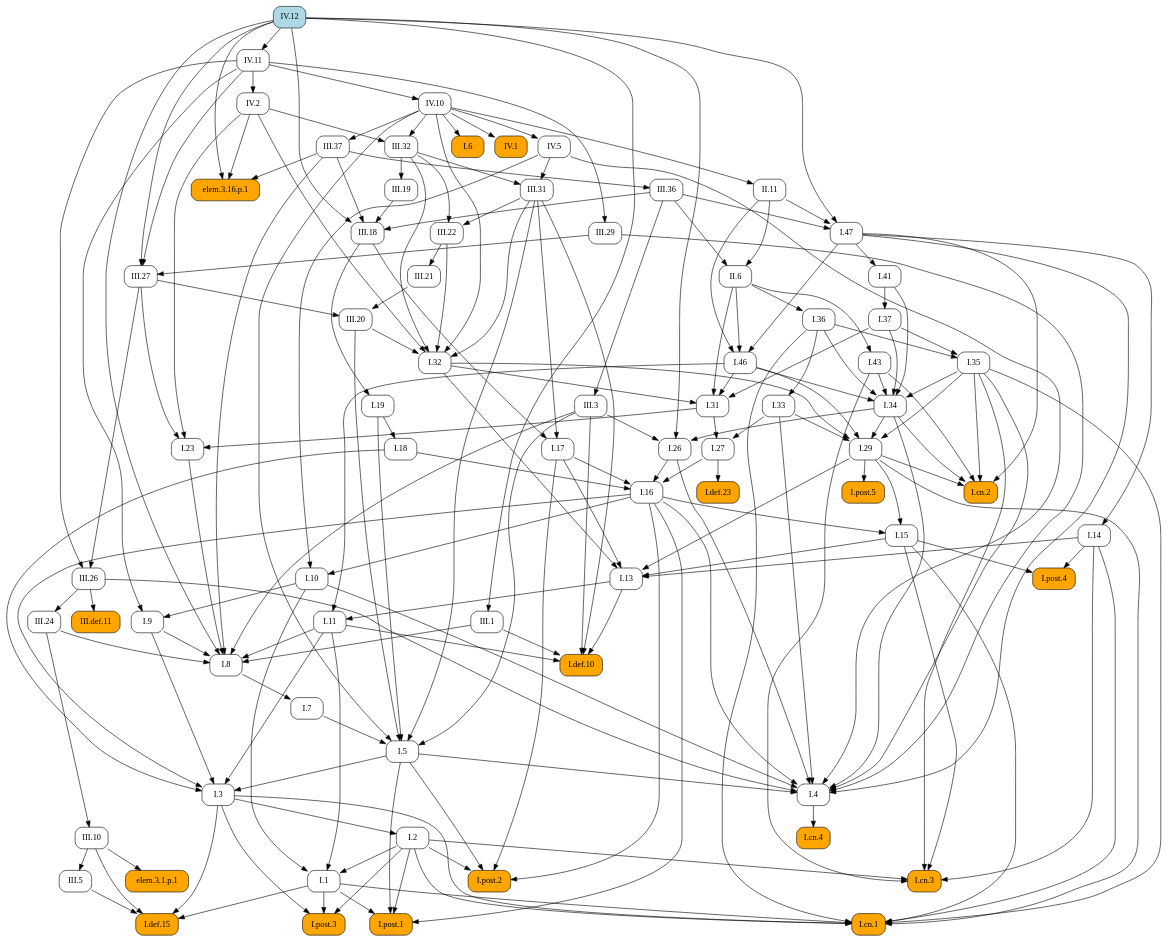
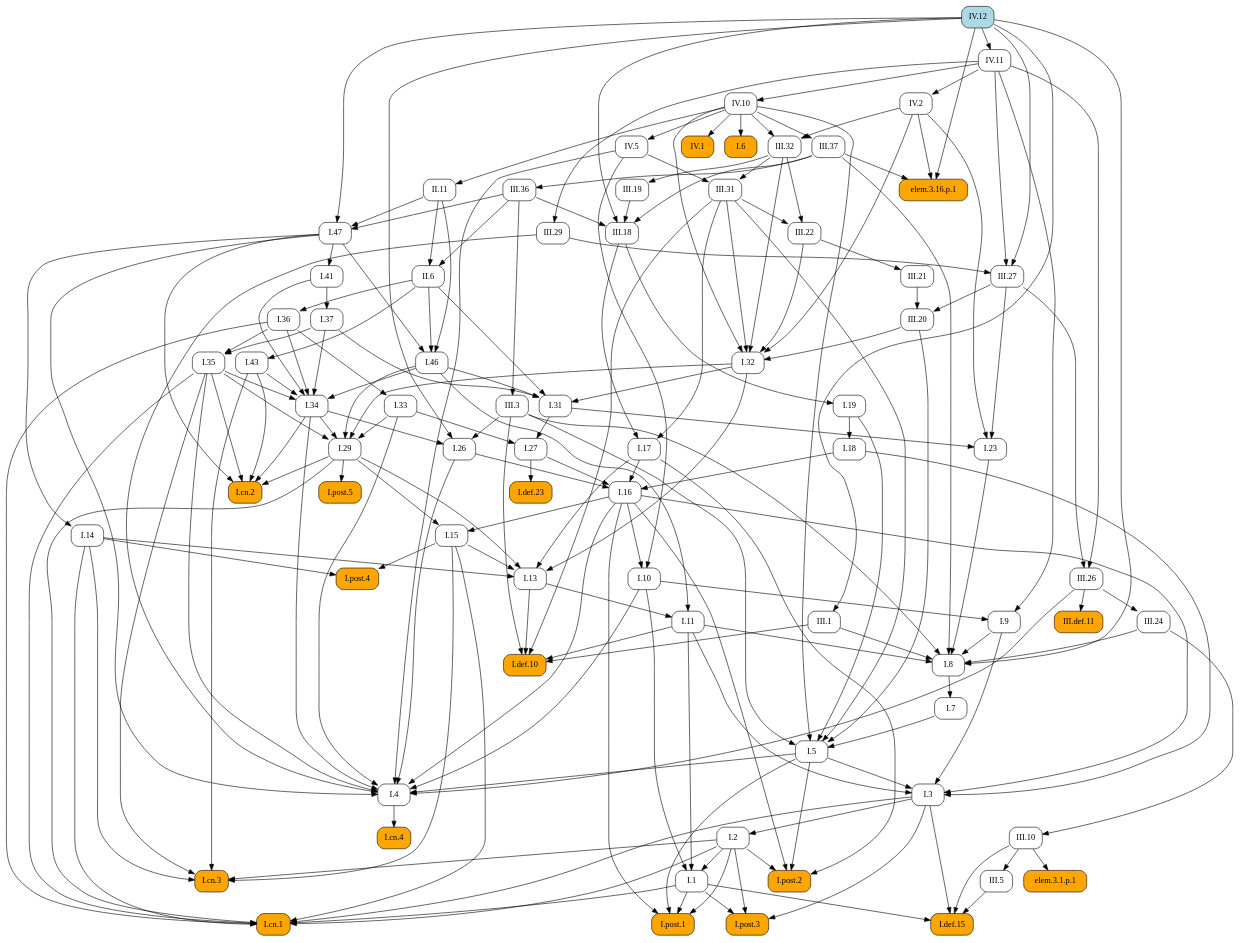
One commit to geometor/elements changed the diagram in docsrc/heath/IV/12/index.rst. Above: the diagram before and after it, drawn with Graphviz. The commit also changed other lines of this file and 1029 other files, not shown here.

```diff
--- a/docsrc/heath/IV/12/index.rst
+++ b/docsrc/heath/IV/12/index.rst
@@ -145,147 +145,213 @@
    digraph {
      rankdir="TB";
      node [shape=box, style=rounded];
+     "I.def.10" [style="rounded,filled", fillcolor=orange, URL="/heath/I/def.10/", target="_top"];
+     "I.11" [URL="/heath/I/11/", target="_top"];
+     "I.post.4" [style="rounded,filled", fillcolor=orange, URL="/heath/I/post.4/", target="_top"];
+     "I.1" [URL="/heath/I/1/", target="_top"];
+     "III.20" [URL="/heath/III/20/", target="_top"];
+     "III.31" [URL="/heath/III/31/", target="_top"];
+     "I.47" [URL="/heath/I/47/", target="_top"];
+     "III.def.11" [style="rounded,filled", fillcolor=orange, URL="/heath/III/def.11/", target="_top"];
+     "I.post.3" [style="rounded,filled", fillcolor=orange, URL="/heath/I/post.3/", target="_top"];
+     "I.cn.3" [style="rounded,filled", fillcolor=orange, URL="/heath/I/cn.3/", target="_top"];
+     "I.14" [URL="/heath/I/14/", target="_top"];
+     "III.36" [URL="/heath/III/36/", target="_top"];
+     "elem.3.16.p.1" [style="rounded,filled", fillcolor=orange];
+     "III.29" [URL="/heath/III/29/", target="_top"];
+     "I.41" [URL="/heath/I/41/", target="_top"];
+     "I.27" [URL="/heath/I/27/", target="_top"];
+     "I.36" [URL="/heath/I/36/", target="_top"];
+     "I.37" [URL="/heath/I/37/", target="_top"];
+     "I.34" [URL="/heath/I/34/", target="_top"];
+     "I.2" [URL="/heath/I/2/", target="_top"];
+     "I.def.23" [style="rounded,filled", fillcolor=orange, URL="/heath/I/def.23/", target="_top"];
+     "I.17" [URL="/heath/I/17/", target="_top"];
+     "IV.1" [style="rounded,filled", fillcolor=orange, URL="/heath/IV/1/", target="_top"];
+     "I.33" [URL="/heath/I/33/", target="_top"];
+     "I.post.2" [style="rounded,filled", fillcolor=orange, URL="/heath/I/post.2/", target="_top"];
+     "II.11" [URL="/heath/II/11/", target="_top"];
+     "I.9" [URL="/heath/I/9/", target="_top"];
+     "III.3" [URL="/heath/III/3/", target="_top"];
+     "I.32" [URL="/heath/I/32/", target="_top"];
+     "III.37" [URL="/heath/III/37/", target="_top"];
+     "I.cn.4" [style="rounded,filled", fillcolor=orange, URL="/heath/I/cn.4/", target="_top"];
+     "I.15" [URL="/heath/I/15/", target="_top"];
+     "IV.11" [URL="/heath/IV/11/", target="_top"];
+     "III.22" [URL="/heath/III/22/", target="_top"];
+     "I.5" [URL="/heath/I/5/", target="_top"];
+     "III.5" [URL="/heath/III/5/", target="_top"];
+     "I.26" [URL="/heath/I/26/", target="_top"];
+     "III.32" [URL="/heath/III/32/", target="_top"];
+     "III.26" [URL="/heath/III/26/", target="_top"];
+     "IV.2" [URL="/heath/IV/2/", target="_top"];
+     "I.29" [URL="/heath/I/29/", target="_top"];
+     "elem.3.1.p.1" [style="rounded,filled", fillcolor=orange];
+     "I.cn.2" [style="rounded,filled", fillcolor=orange, URL="/heath/I/cn.2/", target="_top"];
+     "III.19" [URL="/heath/III/19/", target="_top"];
+     "I.18" [URL="/heath/I/18/", target="_top"];
+     "I.def.15" [style="rounded,filled", fillcolor=orange, URL="/heath/I/def.15/", target="_top"];
+     "I.cn.1" [style="rounded,filled", fillcolor=orange, URL="/heath/I/cn.1/", target="_top"];
+     "I.23" [URL="/heath/I/23/", target="_top"];
+     "IV.12" [style="rounded,filled", fillcolor=lightblue, URL="/heath/IV/12/", target="_top"];
+     "IV.10" [URL="/heath/IV/10/", target="_top"];
+     "I.43" [URL="/heath/I/43/", target="_top"];
+     "I.post.1" [style="rounded,filled", fillcolor=orange, URL="/heath/I/post.1/", target="_top"];
+     "III.24" [URL="/heath/III/24/", target="_top"];
+     "I.35" [URL="/heath/I/35/", target="_top"];
+     "I.46" [URL="/heath/I/46/", target="_top"];
+     "I.7" [URL="/heath/I/7/", target="_top"];
+     "I.6" [style="rounded,filled", fillcolor=orange, URL="/heath/I/6/", target="_top"];
+     "I.3" [URL="/heath/I/3/", target="_top"];
+     "I.4" [URL="/heath/I/4/", target="_top"];
+     "II.6" [URL="/heath/II/6/", target="_top"];
+     "I.13" [URL="/heath/I/13/", target="_top"];
+     "I.31" [URL="/heath/I/31/", target="_top"];
+     "I.16" [URL="/heath/I/16/", target="_top"];
+     "III.10" [URL="/heath/III/10/", target="_top"];
+     "I.19" [URL="/heath/I/19/", target="_top"];
      "IV.5" [URL="/heath/IV/5/", target="_top"];
-     "III.22" [URL="/heath/III/22/", target="_top"];
-     "II.11" [URL="/heath/II/11/", target="_top"];
-     "IV.12" [style="rounded,filled", fillcolor=lightblue, URL="/heath/IV/12/", target="_top"];
-     "I.7" [URL="/heath/I/7/", target="_top"];
-     "I.29" [URL="/heath/I/29/", target="_top"];
-     "I.27" [URL="/heath/I/27/", target="_top"];
-     "IV.10" [URL="/heath/IV/10/", target="_top"];
-     "I.def.23" [style="rounded,filled", fillcolor=orange, URL="/heath/I/def.23/", target="_top"];
-     "I.34" [URL="/heath/I/34/", target="_top"];
+     "III.27" [URL="/heath/III/27/", target="_top"];
+     "III.1" [URL="/heath/III/1/", target="_top"];
      "I.8" [URL="/heath/I/8/", target="_top"];
-     "I.9" [URL="/heath/I/9/", target="_top"];
-     "III.10" [URL="/heath/III/10/", target="_top"];
-     "III.1" [URL="/heath/III/1/", target="_top"];
-     "III.20" [URL="/heath/III/20/", target="_top"];
-     "I.post.4" [style="rounded,filled", fillcolor=orange, URL="/heath/I/post.4/", target="_top"];
-     "I.2" [URL="/heath/I/2/", target="_top"];
-     "III.27" [URL="/heath/III/27/", target="_top"];
+     "III.21" [URL="/heath/III/21/", target="_top"];
+     "I.post.5" [style="rounded,filled", fillcolor=orange, URL="/heath/I/post.5/", target="_top"];
+     "I.10" [URL="/heath/I/10/", target="_top"];
      "III.18" [URL="/heath/III/18/", target="_top"];
-     "III.19" [URL="/heath/III/19/", target="_top"];
-     "I.cn.4" [style="rounded,filled", fillcolor=orange, URL="/heath/I/cn.4/", target="_top"];
-     "elem.3.16.p.1" [style="rounded,filled", fillcolor=orange];
-     "I.23" [URL="/heath/I/23/", target="_top"];
-     "I.13" [URL="/heath/I/13/", target="_top"];
-     "III.31" [URL="/heath/III/31/", target="_top"];
-     "I.5" [URL="/heath/I/5/", target="_top"];
-     "III.21" [URL="/heath/III/21/", target="_top"];
-     "I.11" [URL="/heath/I/11/", target="_top"];
-     "I.4" [URL="/heath/I/4/", target="_top"];
-     "I.def.10" [style="rounded,filled", fillcolor=orange, URL="/heath/I/def.10/", target="_top"];
-     "I.43" [URL="/heath/I/43/", target="_top"];
-     "I.46" [URL="/heath/I/46/", target="_top"];
-     "III.32" [URL="/heath/III/32/", target="_top"];
-     "III.24" [URL="/heath/III/24/", target="_top"];
-     "I.post.3" [style="rounded,filled", fillcolor=orange, URL="/heath/I/post.3/", target="_top"];
-     "I.36" [URL="/heath/I/36/", target="_top"];
-     "II.6" [URL="/heath/II/6/", target="_top"];
-     "I.15" [URL="/heath/I/15/", target="_top"];
-     "I.17" [URL="/heath/I/17/", target="_top"];
-     "I.32" [URL="/heath/I/32/", target="_top"];
-     "I.18" [URL="/heath/I/18/", target="_top"];
-     "I.41" [URL="/heath/I/41/", target="_top"];
-     "I.cn.3" [style="rounded,filled", fillcolor=orange, URL="/heath/I/cn.3/", target="_top"];
-     "III.def.11" [style="rounded,filled", fillcolor=orange, URL="/heath/III/def.11/", target="_top"];
-     "III.3" [URL="/heath/III/3/", target="_top"];
-     "I.def.15" [style="rounded,filled", fillcolor=orange, URL="/heath/I/def.15/", target="_top"];
-     "I.1" [URL="/heath/I/1/", target="_top"];
-     "III.36" [URL="/heath/III/36/", target="_top"];
-     "I.post.1" [style="rounded,filled", fillcolor=orange, URL="/heath/I/post.1/", target="_top"];
-     "I.26" [URL="/heath/I/26/", target="_top"];
-     "I.33" [URL="/heath/I/33/", target="_top"];
-     "elem.3.1.p.1" [style="rounded,filled", fillcolor=orange];
-     "I.19" [URL="/heath/I/19/", target="_top"];
-     "III.37" [URL="/heath/III/37/", target="_top"];
-     "I.6" [style="rounded,filled", fillcolor=orange, URL="/heath/I/6/", target="_top"];
-     "III.5" [URL="/heath/III/5/", target="_top"];
-     "I.cn.2" [style="rounded,filled", fillcolor=orange, URL="/heath/I/cn.2/", target="_top"];
-     "IV.11" [URL="/heath/IV/11/", target="_top"];
-     "I.10" [URL="/heath/I/10/", target="_top"];
-     "I.3" [URL="/heath/I/3/", target="_top"];
-     "I.16" [URL="/heath/I/16/", target="_top"];
-     "III.26" [URL="/heath/III/26/", target="_top"];
-     "I.31" [URL="/heath/I/31/", target="_top"];
-     "III.29" [URL="/heath/III/29/", target="_top"];
-     "IV.2" [URL="/heath/IV/2/", target="_top"];
-     "I.post.2" [style="rounded,filled", fillcolor=orange, URL="/heath/I/post.2/", target="_top"];
-     "IV.1" [style="rounded,filled", fillcolor=orange, URL="/heath/IV/1/", target="_top"];
-     "I.post.5" [style="rounded,filled", fillcolor=orange, URL="/heath/I/post.5/", target="_top"];
-     "I.14" [URL="/heath/I/14/", target="_top"];
-     "I.35" [URL="/heath/I/35/", target="_top"];
-     "I.47" [URL="/heath/I/47/", target="_top"];
-     "I.cn.1" [style="rounded,filled", fillcolor=orange, URL="/heath/I/cn.1/", target="_top"];
-     "I.37" [URL="/heath/I/37/", target="_top"];
-     "IV.10" -> "IV.5";
-     "III.31" -> "III.22";
-     "III.32" -> "III.22";
-     "IV.10" -> "II.11";
-     "I.8" -> "I.7";
-     "I.32" -> "I.29";
-     "I.33" -> "I.29";
-     "I.34" -> "I.29";
-     "I.35" -> "I.29";
-     "I.46" -> "I.29";
+     "I.11" -> "I.def.10";
+     "I.13" -> "I.def.10";
+     "III.1" -> "I.def.10";
+     "III.3" -> "I.def.10";
+     "III.31" -> "I.def.10";
+     "I.13" -> "I.11";
+     "I.46" -> "I.11";
+     "I.14" -> "I.post.4";
+     "I.15" -> "I.post.4";
+     "I.2" -> "I.1";
+     "I.10" -> "I.1";
+     "I.11" -> "I.1";
+     "III.21" -> "III.20";
+     "III.27" -> "III.20";
+     "III.32" -> "III.31";
+     "IV.5" -> "III.31";
+     "II.11" -> "I.47";
+     "III.36" -> "I.47";
+     "IV.12" -> "I.47";
+     "III.26" -> "III.def.11";
+     "I.1" -> "I.post.3";
+     "I.2" -> "I.post.3";
+     "I.3" -> "I.post.3";
+     "I.2" -> "I.cn.3";
+     "I.14" -> "I.cn.3";
+     "I.15" -> "I.cn.3";
+     "I.35" -> "I.cn.3";
+     "I.43" -> "I.cn.3";
+     "I.47" -> "I.14";
+     "III.37" -> "III.36";
+     "III.37" -> "elem.3.16.p.1";
+     "IV.2" -> "elem.3.16.p.1";
+     "IV.12" -> "elem.3.16.p.1";
+     "IV.11" -> "III.29";
+     "I.47" -> "I.41";
      "I.31" -> "I.27";
      "I.33" -> "I.27";
-     "IV.11" -> "IV.10";
-     "I.27" -> "I.def.23";
+     "II.6" -> "I.36";
+     "I.41" -> "I.37";
      "I.35" -> "I.34";
      "I.36" -> "I.34";
      "I.37" -> "I.34";
      "I.41" -> "I.34";
      "I.43" -> "I.34";
      "I.46" -> "I.34";
-     "I.9" -> "I.8";
-     "I.11" -> "I.8";
-     "I.23" -> "I.8";
-     "III.1" -> "I.8";
-     "III.3" -> "I.8";
-     "III.24" -> "I.8";
-     "III.37" -> "I.8";
-     "IV.12" -> "I.8";
+     "I.3" -> "I.2";
+     "I.27" -> "I.def.23";
+     "III.18" -> "I.17";
+     "III.31" -> "I.17";
+     "IV.10" -> "IV.1";
+     "I.36" -> "I.33";
+     "I.2" -> "I.post.2";
+     "I.5" -> "I.post.2";
+     "I.16" -> "I.post.2";
+     "I.17" -> "I.post.2";
+     "IV.10" -> "II.11";
      "I.10" -> "I.9";
      "IV.11" -> "I.9";
-     "III.24" -> "III.10";
-     "IV.12" -> "III.1";
-     "III.21" -> "III.20";
-     "III.27" -> "III.20";
-     "I.14" -> "I.post.4";
-     "I.15" -> "I.post.4";
-     "I.3" -> "I.2";
-     "III.29" -> "III.27";
-     "IV.11" -> "III.27";
-     "IV.12" -> "III.27";
-     "III.19" -> "III.18";
-     "III.36" -> "III.18";
-     "III.37" -> "III.18";
-     "IV.12" -> "III.18";
-     "III.32" -> "III.19";
+     "III.36" -> "III.3";
+     "III.20" -> "I.32";
+     "III.22" -> "I.32";
+     "III.31" -> "I.32";
+     "III.32" -> "I.32";
+     "IV.2" -> "I.32";
+     "IV.10" -> "I.32";
+     "IV.10" -> "III.37";
      "I.4" -> "I.cn.4";
-     "III.37" -> "elem.3.16.p.1";
-     "IV.2" -> "elem.3.16.p.1";
-     "IV.12" -> "elem.3.16.p.1";
-     "I.31" -> "I.23";
-     "III.27" -> "I.23";
-     "IV.2" -> "I.23";
-     "I.14" -> "I.13";
-     "I.15" -> "I.13";
-     "I.17" -> "I.13";
-     "I.29" -> "I.13";
-     "I.32" -> "I.13";
-     "III.32" -> "III.31";
-     "IV.5" -> "III.31";
+     "I.16" -> "I.15";
+     "I.29" -> "I.15";
+     "IV.12" -> "IV.11";
+     "III.31" -> "III.22";
+     "III.32" -> "III.22";
      "I.7" -> "I.5";
      "I.19" -> "I.5";
      "III.3" -> "I.5";
      "III.20" -> "I.5";
      "III.31" -> "I.5";
      "IV.10" -> "I.5";
-     "III.22" -> "III.21";
-     "I.13" -> "I.11";
-     "I.46" -> "I.11";
+     "III.10" -> "III.5";
+     "I.34" -> "I.26";
+     "III.3" -> "I.26";
+     "IV.12" -> "I.26";
+     "IV.2" -> "III.32";
+     "IV.10" -> "III.32";
+     "III.27" -> "III.26";
+     "IV.11" -> "III.26";
+     "IV.11" -> "IV.2";
+     "I.32" -> "I.29";
+     "I.33" -> "I.29";
+     "I.34" -> "I.29";
+     "I.35" -> "I.29";
+     "I.46" -> "I.29";
+     "III.10" -> "elem.3.1.p.1";
+     "I.29" -> "I.cn.2";
+     "I.34" -> "I.cn.2";
+     "I.35" -> "I.cn.2";
+     "I.43" -> "I.cn.2";
+     "I.47" -> "I.cn.2";
+     "III.32" -> "III.19";
+     "I.19" -> "I.18";
+     "I.1" -> "I.def.15";
+     "I.3" -> "I.def.15";
+     "III.5" -> "I.def.15";
+     "III.10" -> "I.def.15";
+     "I.1" -> "I.cn.1";
+     "I.2" -> "I.cn.1";
+     "I.3" -> "I.cn.1";
+     "I.14" -> "I.cn.1";
+     "I.15" -> "I.cn.1";
+     "I.29" -> "I.cn.1";
+     "I.35" -> "I.cn.1";
+     "I.36" -> "I.cn.1";
+     "I.31" -> "I.23";
+     "III.27" -> "I.23";
+     "IV.2" -> "I.23";
+     "IV.11" -> "IV.10";
+     "II.6" -> "I.43";
+     "I.1" -> "I.post.1";
+     "I.2" -> "I.post.1";
+     "I.5" -> "I.post.1";
+     "I.16" -> "I.post.1";
+     "III.26" -> "III.24";
+     "I.36" -> "I.35";
+     "I.37" -> "I.35";
+     "I.47" -> "I.46";
+     "II.6" -> "I.46";
+     "II.11" -> "I.46";
+     "I.8" -> "I.7";
+     "IV.10" -> "I.6";
+     "I.5" -> "I.3";
+     "I.9" -> "I.3";
+     "I.11" -> "I.3";
+     "I.16" -> "I.3";
+     "I.18" -> "I.3";
      "I.5" -> "I.4";
      "I.10" -> "I.4";
      "I.16" -> "I.4";
@@ -297,108 +363,42 @@
      "III.26" -> "I.4";
      "III.29" -> "I.4";
      "IV.5" -> "I.4";
-     "I.11" -> "I.def.10";
-     "I.13" -> "I.def.10";
-     "III.1" -> "I.def.10";
-     "III.3" -> "I.def.10";
-     "III.31" -> "I.def.10";
-     "II.6" -> "I.43";
-     "I.47" -> "I.46";
-     "II.6" -> "I.46";
-     "II.11" -> "I.46";
-     "IV.2" -> "III.32";
-     "IV.10" -> "III.32";
-     "III.26" -> "III.24";
-     "I.1" -> "I.post.3";
-     "I.2" -> "I.post.3";
-     "I.3" -> "I.post.3";
-     "II.6" -> "I.36";
      "II.11" -> "II.6";
      "III.36" -> "II.6";
-     "I.16" -> "I.15";
-     "I.29" -> "I.15";
-     "III.18" -> "I.17";
-     "III.31" -> "I.17";
-     "III.20" -> "I.32";
-     "III.22" -> "I.32";
-     "III.31" -> "I.32";
-     "III.32" -> "I.32";
-     "IV.2" -> "I.32";
-     "IV.10" -> "I.32";
-     "I.19" -> "I.18";
-     "I.47" -> "I.41";
-     "I.2" -> "I.cn.3";
-     "I.14" -> "I.cn.3";
-     "I.15" -> "I.cn.3";
-     "I.35" -> "I.cn.3";
-     "I.43" -> "I.cn.3";
-     "III.26" -> "III.def.11";
-     "III.36" -> "III.3";
-     "I.1" -> "I.def.15";
-     "I.3" -> "I.def.15";
-     "III.5" -> "I.def.15";
-     "III.10" -> "I.def.15";
-     "I.2" -> "I.1";
-     "I.10" -> "I.1";
-     "I.11" -> "I.1";
-     "III.37" -> "III.36";
-     "I.1" -> "I.post.1";
-     "I.2" -> "I.post.1";
-     "I.5" -> "I.post.1";
-     "I.16" -> "I.post.1";
-     "I.34" -> "I.26";
-     "III.3" -> "I.26";
-     "IV.12" -> "I.26";
-     "I.36" -> "I.33";
-     "III.10" -> "elem.3.1.p.1";
-     "III.18" -> "I.19";
-     "IV.10" -> "III.37";
-     "IV.10" -> "I.6";
-     "III.10" -> "III.5";
-     "I.29" -> "I.cn.2";
-     "I.34" -> "I.cn.2";
-     "I.35" -> "I.cn.2";
-     "I.43" -> "I.cn.2";
-     "I.47" -> "I.cn.2";
-     "IV.12" -> "IV.11";
-     "I.16" -> "I.10";
-     "IV.5" -> "I.10";
-     "I.5" -> "I.3";
-     "I.9" -> "I.3";
-     "I.11" -> "I.3";
-     "I.16" -> "I.3";
-     "I.18" -> "I.3";
+     "I.14" -> "I.13";
+     "I.15" -> "I.13";
+     "I.17" -> "I.13";
+     "I.29" -> "I.13";
+     "I.32" -> "I.13";
+     "I.32" -> "I.31";
+     "I.37" -> "I.31";
+     "I.46" -> "I.31";
+     "II.6" -> "I.31";
      "I.17" -> "I.16";
      "I.18" -> "I.16";
      "I.26" -> "I.16";
      "I.27" -> "I.16";
-     "III.27" -> "III.26";
-     "IV.11" -> "III.26";
-     "I.32" -> "I.31";
-     "I.37" -> "I.31";
-     "I.46" -> "I.31";
-     "II.6" -> "I.31";
-     "IV.11" -> "III.29";
-     "IV.11" -> "IV.2";
-     "I.2" -> "I.post.2";
-     "I.5" -> "I.post.2";
-     "I.16" -> "I.post.2";
-     "I.17" -> "I.post.2";
-     "IV.10" -> "IV.1";
+     "III.24" -> "III.10";
+     "III.18" -> "I.19";
+     "IV.10" -> "IV.5";
+     "III.29" -> "III.27";
+     "IV.11" -> "III.27";
+     "IV.12" -> "III.27";
+     "IV.12" -> "III.1";
+     "I.9" -> "I.8";
+     "I.11" -> "I.8";
+     "I.23" -> "I.8";
+     "III.1" -> "I.8";
+     "III.3" -> "I.8";
+     "III.24" -> "I.8";
+     "III.37" -> "I.8";
+     "IV.12" -> "I.8";
+     "III.22" -> "III.21";
      "I.29" -> "I.post.5";
-     "I.47" -> "I.14";
-     "I.36" -> "I.35";
-     "I.37" -> "I.35";
-     "II.11" -> "I.47";
-     "III.36" -> "I.47";
-     "IV.12" -> "I.47";
-     "I.1" -> "I.cn.1";
-     "I.2" -> "I.cn.1";
-     "I.3" -> "I.cn.1";
-     "I.14" -> "I.cn.1";
-     "I.15" -> "I.cn.1";
-     "I.29" -> "I.cn.1";
-     "I.35" -> "I.cn.1";
-     "I.36" -> "I.cn.1";
-     "I.41" -> "I.37";
+     "I.16" -> "I.10";
+     "IV.5" -> "I.10";
+     "III.19" -> "III.18";
+     "III.36" -> "III.18";
+     "III.37" -> "III.18";
+     "IV.12" -> "III.18";
    }
```
